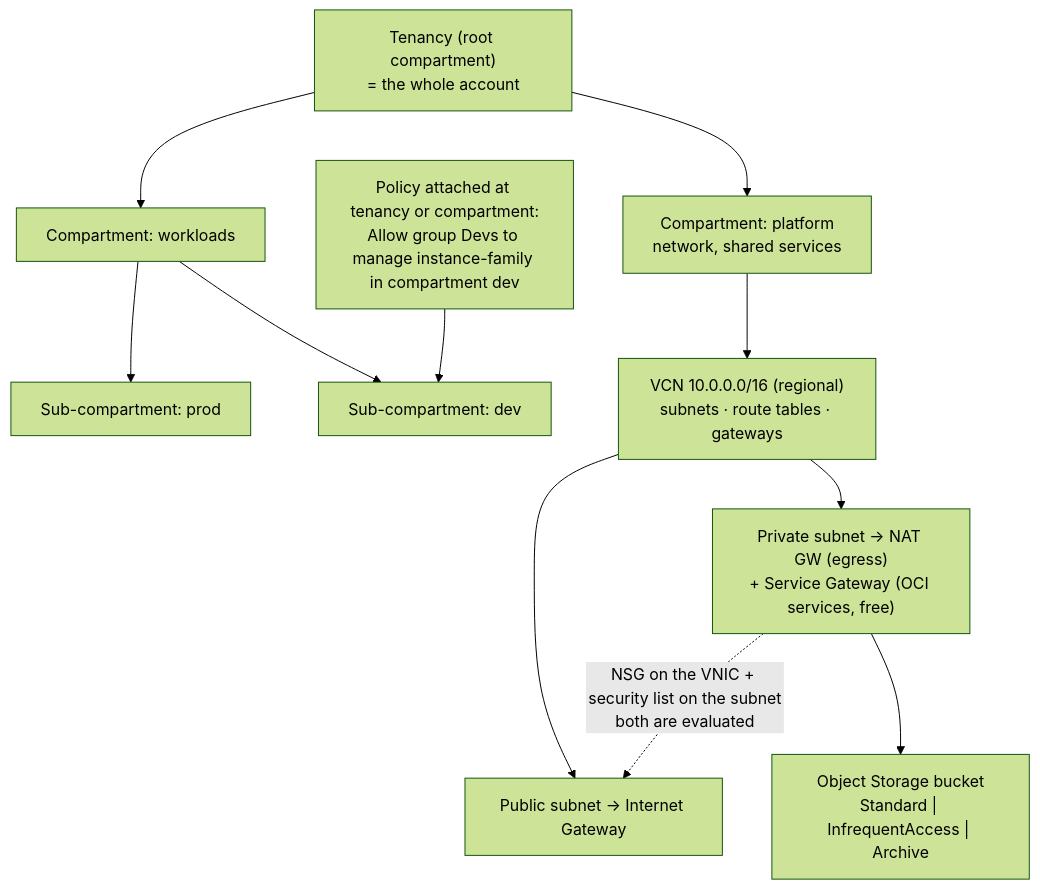
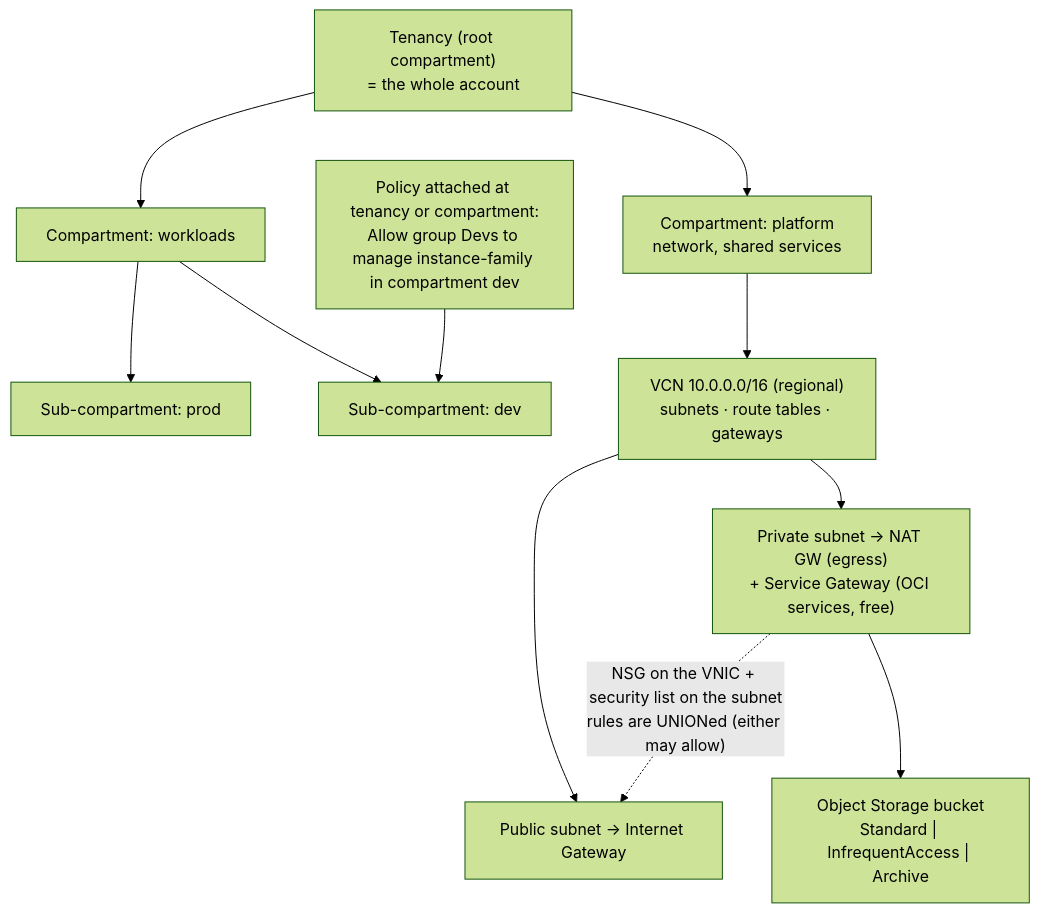
The diagram in .github/skills/oci-core-services-lab/SKILL.md (ArasaniRohithReddy/LearningOS), drawn with Mermaid (forest theme) before and after one commit. The commit also changed other lines of this file and 28 other files, not shown here.

````diff
--- a/.github/skills/oci-core-services-lab/SKILL.md
+++ b/.github/skills/oci-core-services-lab/SKILL.md
@@ -27,13 +27,13 @@
 ```mermaid
 flowchart TD
   T["Tenancy (root compartment)<br/>= the whole account"] --> C1["Compartment: platform<br/>network, shared services"]
   T --> C2["Compartment: workloads"]
   C2 --> C3["Sub-compartment: prod"]
   C2 --> C4["Sub-compartment: dev"]
   C1 --> VCN["VCN 10.0.0.0/16 (regional)<br/>subnets · route tables · gateways"]
   VCN --> PUB["Public subnet → Internet Gateway"]
   VCN --> PRIV["Private subnet → NAT GW (egress)<br/>+ Service Gateway (OCI services, free)"]
   POL["Policy attached at tenancy or compartment:<br/>Allow group Devs to manage instance-family in compartment dev"] --> C4
   PRIV --> OS["Object Storage bucket<br/>Standard | InfrequentAccess | Archive"]
-  PRIV -. "NSG on the VNIC + security list on the subnet<br/>both are evaluated" .-> PUB
+  PRIV -. "NSG on the VNIC + security list on the subnet<br/>rules are UNIONed (either may allow)" .-> PUB
 ```
````
